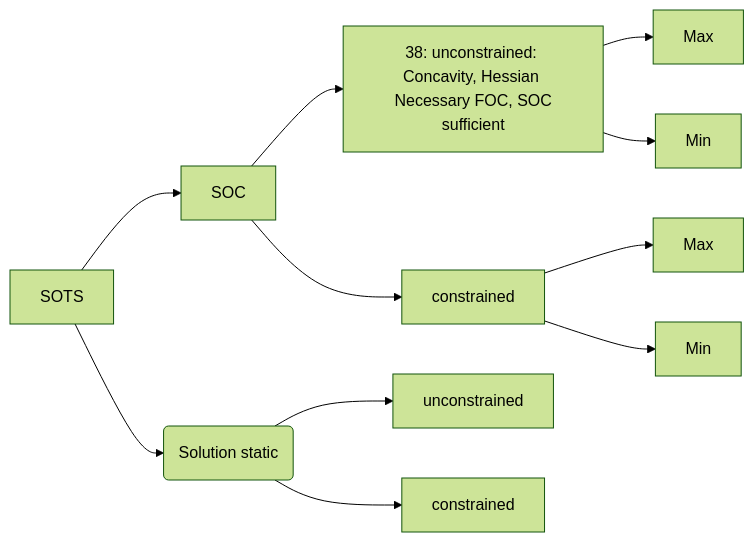
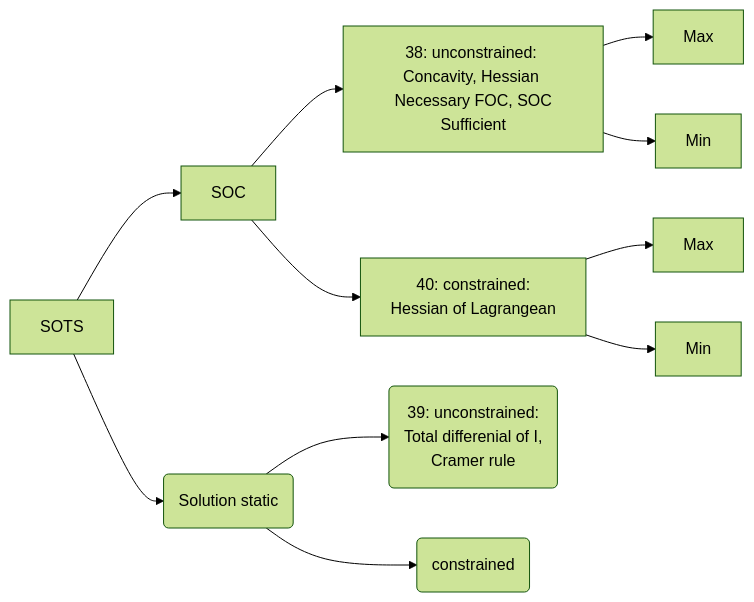
The first of 2 diagrams in _posts/2016-11-16-econ350-test8.md (snowdj/great-waterfall), drawn with Mermaid (forest theme) before and after one commit.

```diff
--- a/_posts/2016-11-16-econ350-test8.md
+++ b/_posts/2016-11-16-econ350-test8.md
@@ -15,13 +15,13 @@
 <div class="mermaid">
  graph LR
      SOTS-->SOC
      SOTS-->id1(Solution static)
-     SOC-->id3[38: unconstrained: <br> Concavity, Hessian  <br> Necessary FOC, SOC sufficient]
-     SOC-->id4[constrained]
+     SOC-->id3[38: unconstrained: <br> Concavity, Hessian  <br> Necessary FOC, SOC Sufficient]
+     SOC-->id4[40: constrained:<br> Hessian of Lagrangean  ]
      id3-->id5[Max]
      id3-->id6[Min]
      id4-->Max
      id4-->Min
-     id1-->unconstrained
-     id1-->constrained
+     id1-->id7(39: unconstrained:<br> Total differenial of I,<br> Cramer rule  )
+     id1-->id8(constrained )
  </div>
```
